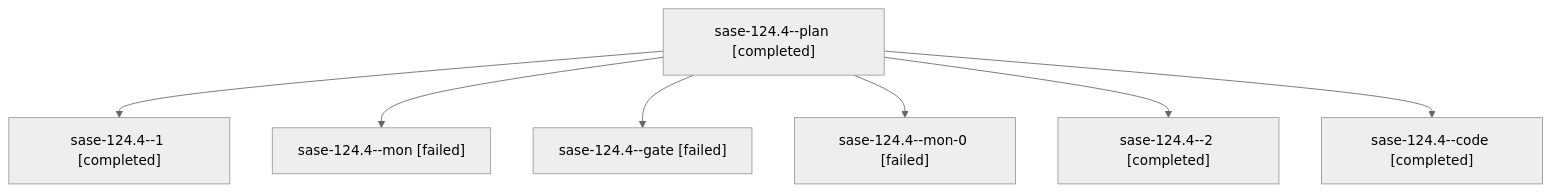
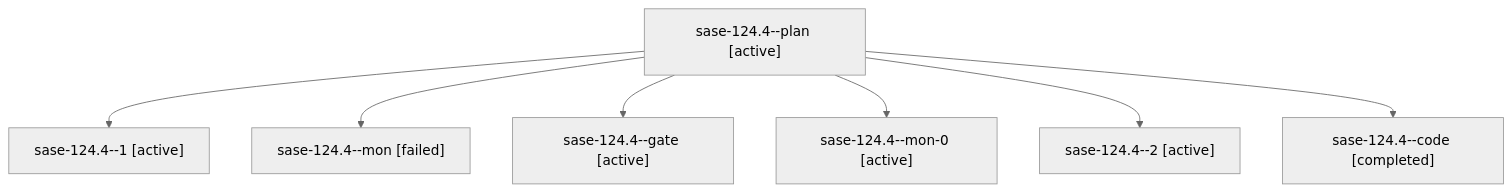
One commit to sase-org/sase--agents changed the diagram in families/bbugyi200.athena.sase-124.4.md. Above: the diagram before and after it, drawn with Mermaid (neutral theme). The commit also changed other lines of this file and 35830 other files, not shown here.

````diff
--- a/families/bbugyi200.athena.sase-124.4.md
+++ b/families/bbugyi200.athena.sase-124.4.md
@@ -9,16 +9,16 @@
 ```mermaid
 flowchart TD
-  n0["sase-124.4--plan [completed]"]
-  n1["sase-124.4--1 [completed]"]
+  n0["sase-124.4--plan [active]"]
+  n1["sase-124.4--1 [active]"]
   n0 --> n1
   n2["sase-124.4--mon [failed]"]
   n0 --> n2
-  n3["sase-124.4--gate [failed]"]
+  n3["sase-124.4--gate [active]"]
   n0 --> n3
-  n4["sase-124.4--mon-0 [failed]"]
+  n4["sase-124.4--mon-0 [active]"]
   n0 --> n4
-  n5["sase-124.4--2 [completed]"]
+  n5["sase-124.4--2 [active]"]
   n0 --> n5
   n6["sase-124.4--code [completed]"]
   n0 --> n6
 ```
````
